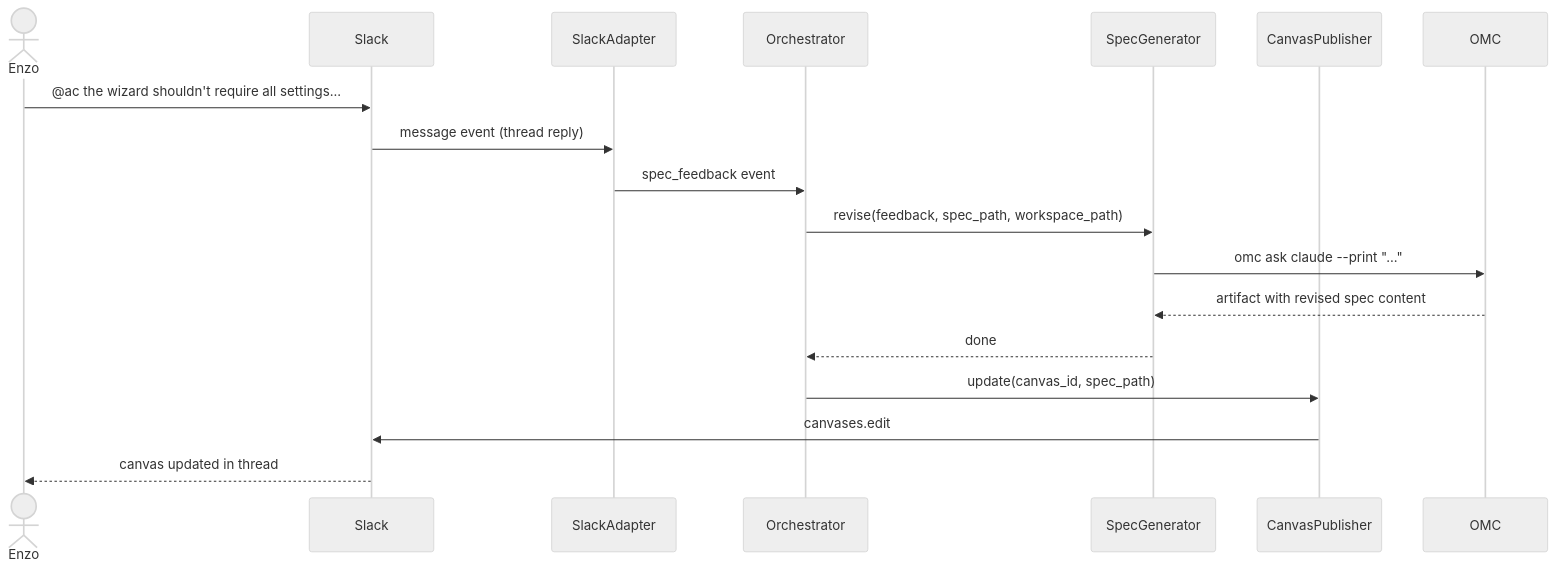
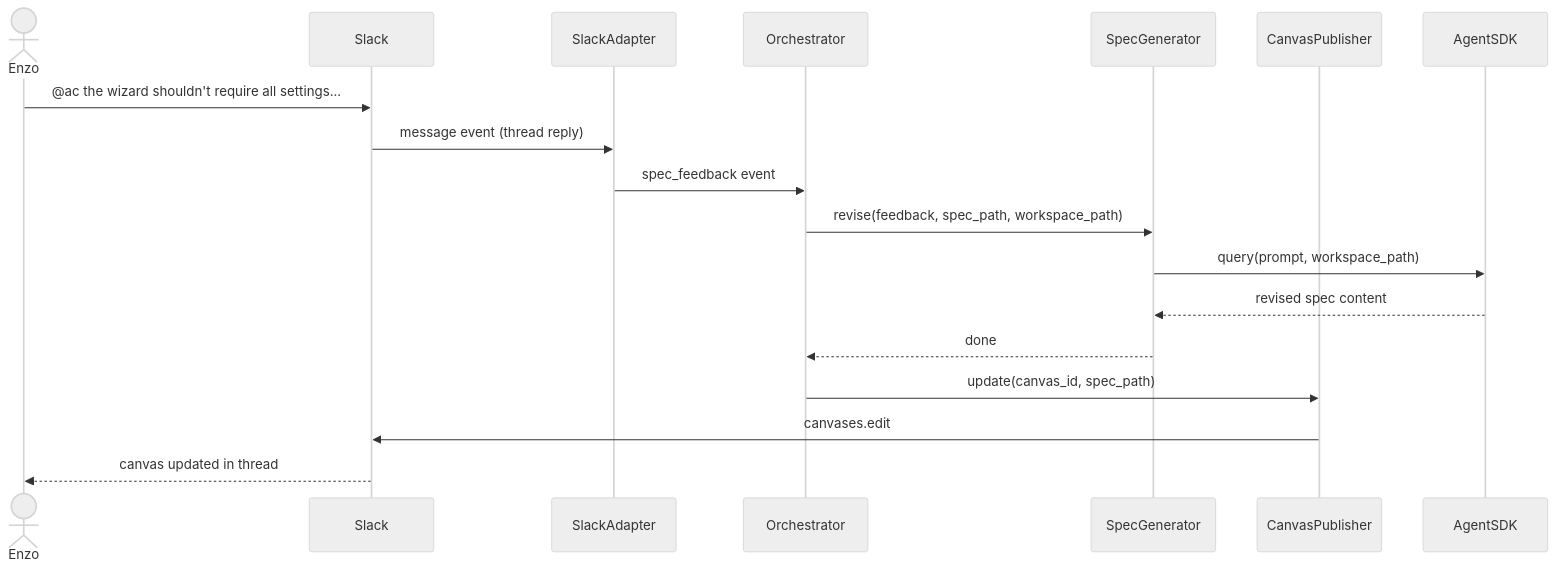
One commit to markdstafford/autocatalyst changed the third of 3 diagrams in context-human/specs/feature-idea-to-spec.md. Above: the diagram before and after it, drawn with Mermaid (neutral theme). The commit also changed other lines of this file, not shown here.

Commit message:
docs: update feature-idea-to-spec.md to reference Agent SDK instead of OMC

````diff
--- a/context-human/specs/feature-idea-to-spec.md
+++ b/context-human/specs/feature-idea-to-spec.md
@@ -153,20 +153,20 @@
 ```mermaid
 sequenceDiagram
     actor Enzo
     participant Slack
     participant SlackAdapter
     participant Orchestrator
     participant SpecGenerator
     participant CanvasPublisher
 
     Enzo->>Slack: @ac the wizard shouldn't require all settings...
     Slack->>SlackAdapter: message event (thread reply)
     SlackAdapter->>Orchestrator: spec_feedback event
     Orchestrator->>SpecGenerator: revise(feedback, spec_path, workspace_path)
-    SpecGenerator->>OMC: omc ask claude --print "..."
-    OMC-->>SpecGenerator: artifact with revised spec content
+    SpecGenerator->>AgentSDK: query(prompt, workspace_path)
+    AgentSDK-->>SpecGenerator: revised spec content
     SpecGenerator-->>Orchestrator: done
     Orchestrator->>CanvasPublisher: update(canvas_id, spec_path)
     CanvasPublisher->>Slack: canvases.edit
     Slack-->>Enzo: canvas updated in thread
 ```
````
